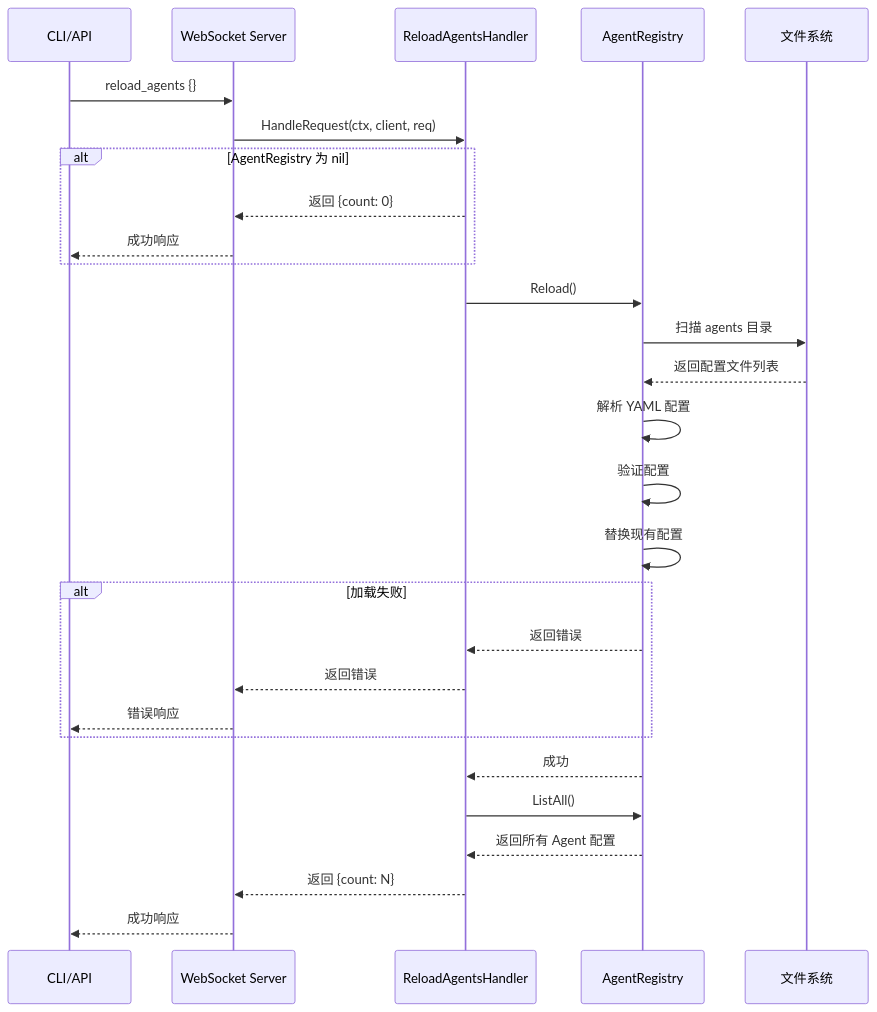
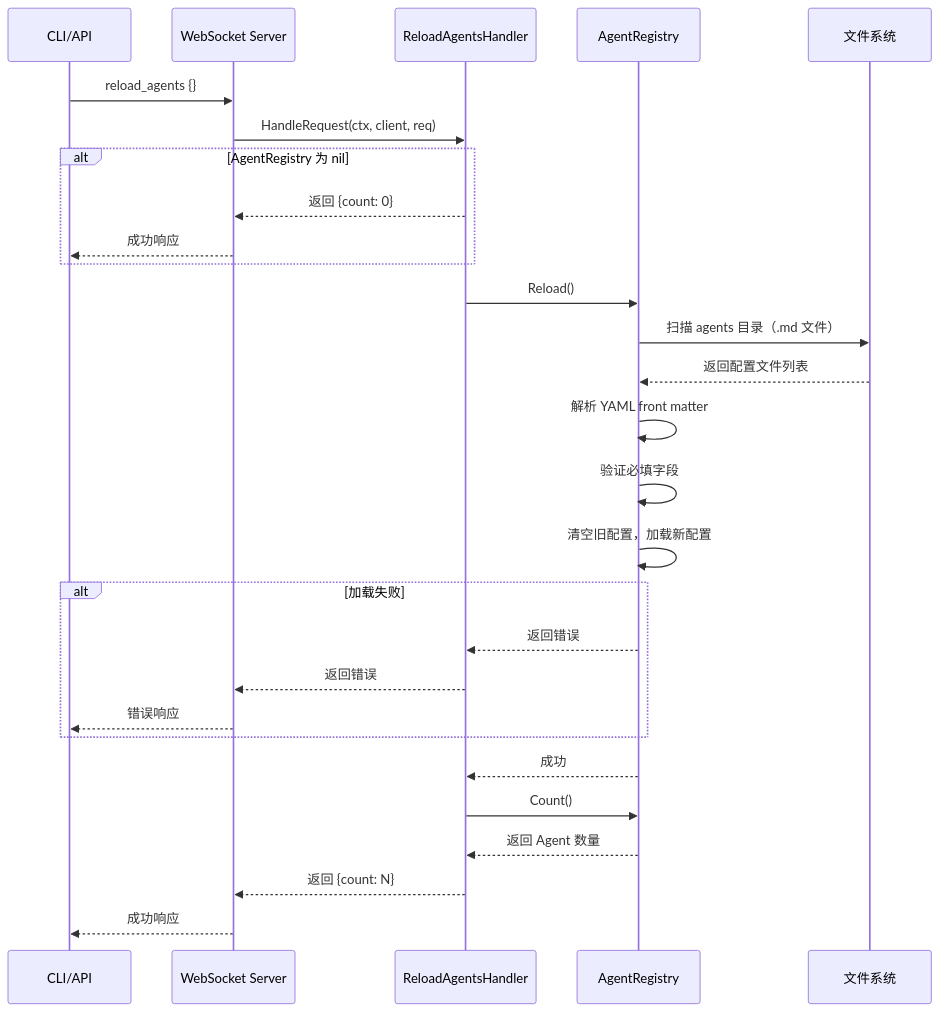
One commit to PineappleBond/xyncra-server changed the first of 6 diagrams in wiki/flows/reload-agents.md. Above: the diagram before and after it, drawn with Mermaid. The commit also changed other lines of this file and 21 other files, not shown here.

First line of the commit message:
docs(wiki): fix accuracy and completeness issues across all flow documents

````diff
--- a/wiki/flows/reload-agents.md
+++ b/wiki/flows/reload-agents.md
@@ -38,35 +38,35 @@
 ```mermaid
 sequenceDiagram
     participant C as CLI/API
     participant WS as WebSocket Server
     participant H as ReloadAgentsHandler
     participant R as AgentRegistry
     participant FS as 文件系统
 
     C->>WS: reload_agents {}
     WS->>H: HandleRequest(ctx, client, req)
 
     alt AgentRegistry 为 nil
         H-->>WS: 返回 {count: 0}
         WS-->>C: 成功响应
     end
 
     H->>R: Reload()
-    R->>FS: 扫描 agents 目录
+    R->>FS: 扫描 agents 目录（.md 文件）
     FS-->>R: 返回配置文件列表
-    R->>R: 解析 YAML 配置
-    R->>R: 验证配置
-    R->>R: 替换现有配置
+    R->>R: 解析 YAML front matter
+    R->>R: 验证必填字段
+    R->>R: 清空旧配置，加载新配置
 
     alt 加载失败
         R-->>H: 返回错误
         H-->>WS: 返回错误
         WS-->>C: 错误响应
     end
 
     R-->>H: 成功
-    H->>R: ListAll()
-    R-->>H: 返回所有 Agent 配置
+    H->>R: Count()
+    R-->>H: 返回 Agent 数量
     H-->>WS: 返回 {count: N}
     WS-->>C: 成功响应
 ```
````
